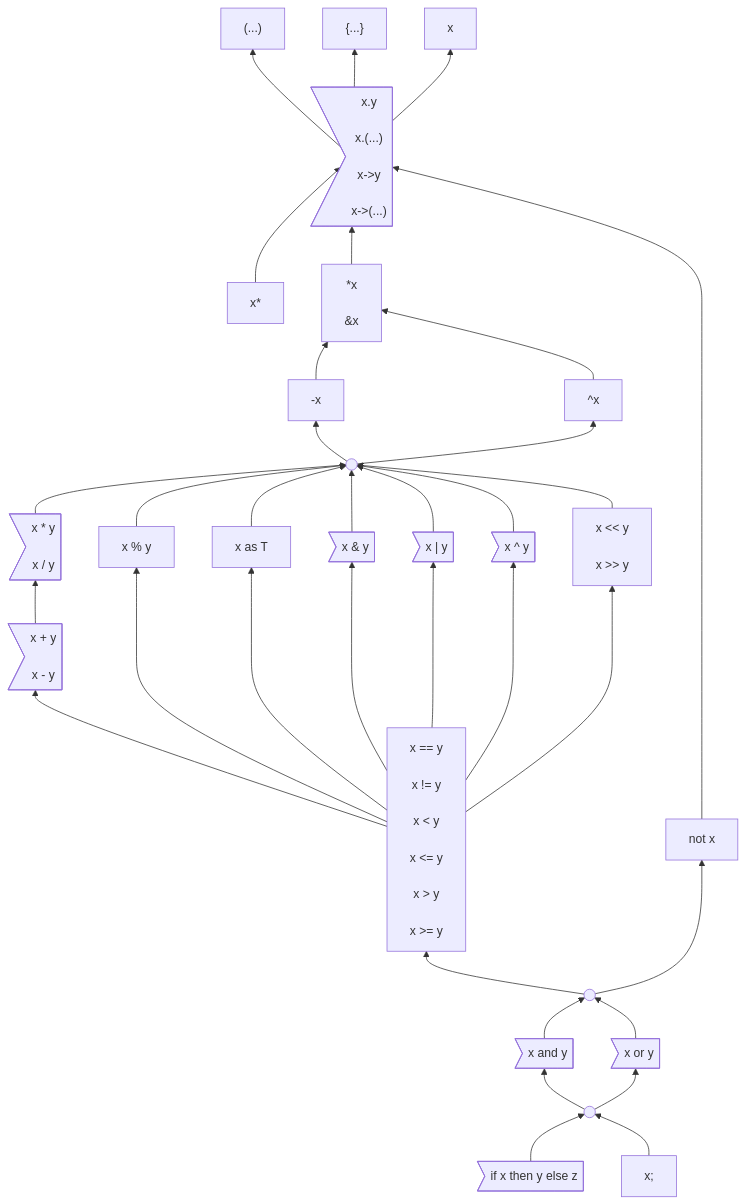
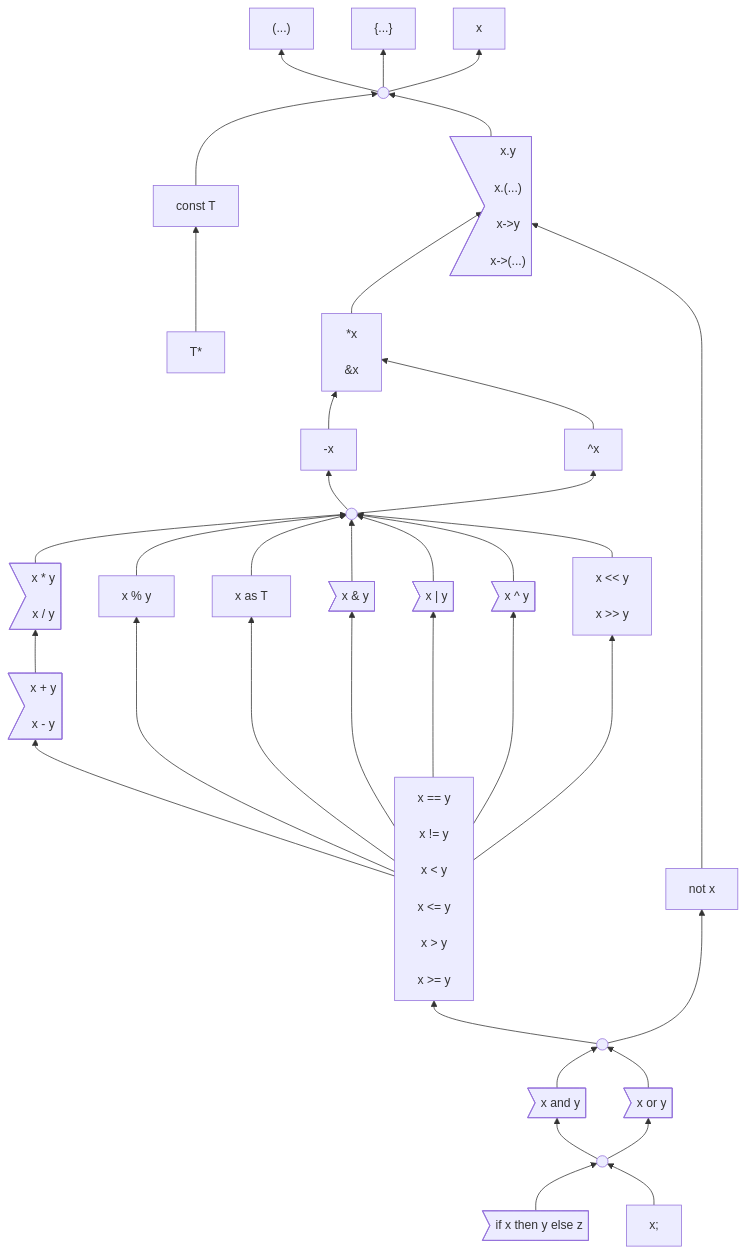
The first of 2 diagrams in docs/design/expressions/README.md (carbon-language/carbon-lang), drawn with Mermaid before and after one commit. The commit also changed 7 other files, not shown here.

```diff
--- a/docs/design/expressions/README.md
+++ b/docs/design/expressions/README.md
@@ -61,14 +61,19 @@
     unqualifiedName["x"]
     click unqualifiedName "https://github.com/carbon-language/carbon-lang/blob/trunk/docs/design/expressions/README.md#unqualified-names"
 
+    top((" "))
+
     memberAccess>"x.y<br>
                   x.(...)<br>
                   x->y<br>
                   x->(...)"]
     click memberAccess "https://github.com/carbon-language/carbon-lang/blob/trunk/docs/design/expressions/member_access.md"
 
-    pointerType["x*"]
-    click pointer-type "https://github.com/carbon-language/carbon-lang/blob/trunk/docs/design/expressions/pointer.md"
+    constType["const T"]
+    click pointer-type "https://github.com/carbon-language/carbon-lang/blob/trunk/docs/design/expressions/type_operators.md"
+
+    pointerType["T*"]
+    click pointer-type "https://github.com/carbon-language/carbon-lang/blob/trunk/docs/design/expressions/type_operators.md"
 
     pointer["*x<br>
              &x<br>"]
@@ -133,8 +138,12 @@
 
     expressionEnd["x;"]
 
-    memberAccess --> parens & braces & unqualifiedName
-    pointerType --> memberAccess
+    top --> parens & braces & unqualifiedName
+
+    constType --> top
+    pointerType --> constType
+
+    memberAccess --> top
     pointer --> memberAccess
     negation --> pointer
     complement --> pointer
```
